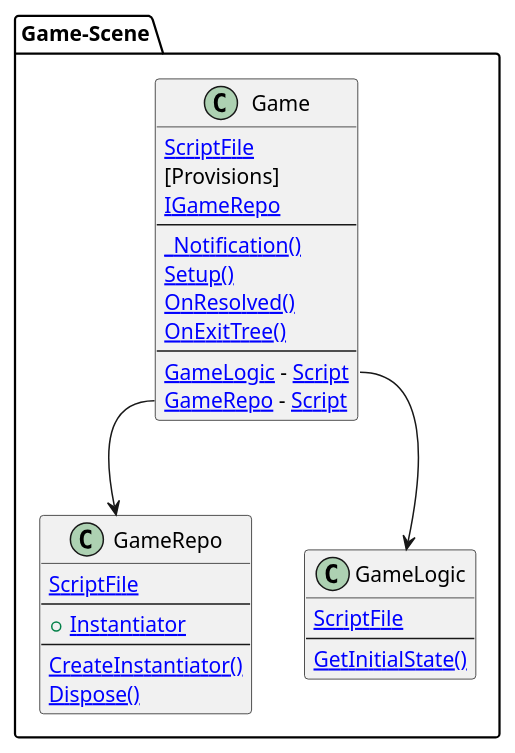
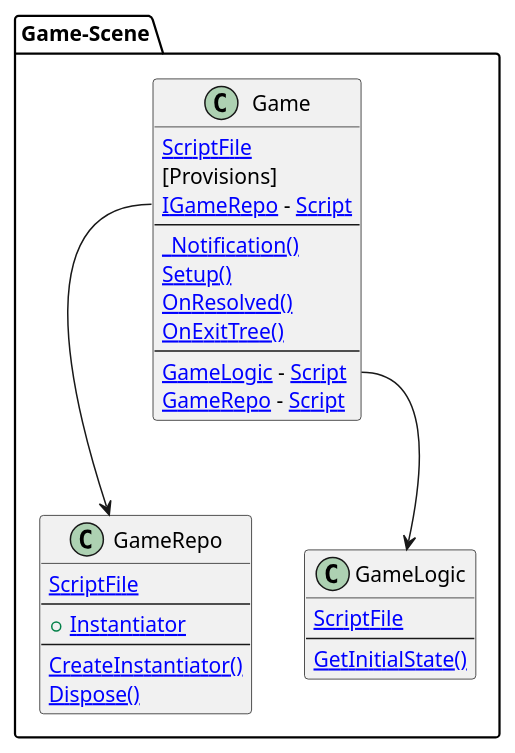
One commit to chickensoft-games/UMLGenerator changed the diagram in src/Chickensoft.UMLGenerator.Tests/Snapshots/ShowAllMethods_Game.verified.puml. Above: the diagram before and after it, drawn with PlantUML. The commit also changed 5 other files, not shown here.

```diff
--- a/src/Chickensoft.UMLGenerator.Tests/Snapshots/ShowAllMethods_Game.verified.puml
+++ b/src/Chickensoft.UMLGenerator.Tests/Snapshots/ShowAllMethods_Game.verified.puml
@@ -1,40 +1,40 @@
 @startuml
 
 package Game-Scene [[../../TestCases/ShowAllMethods/Game.tscn]] {
 	
 class Game  {
 	[[../../Game/Game.cs ScriptFile]]
 	[Provisions]
-	[[../../Game/Game.cs:15 IGameRepo]]
+	[[../../Game/Game.cs:15 IGameRepo]] - [[../../TestCases/ShowAllMethods/Domain/GameRepo.cs Script]]
 --
 [[../../Game/Game.cs:29 _Notification()]]
 	[[../../Game/Game.cs:31 Setup()]]
 	[[../../Game/Game.cs:40 OnResolved()]]
 	[[../../Game/Game.cs:47 OnExitTree()]]
 --
 [[../../Game/Game.cs:22 GameLogic]] - [[../../TestCases/ShowAllMethods/Logic/GameLogic.cs Script]]
 	[[../../Game/Game.cs:21 GameRepo]] - [[../../TestCases/ShowAllMethods/Domain/GameRepo.cs Script]]
 }
 
 	
 class GameRepo  {
 	[[../../TestCases/ShowAllMethods/Domain/GameRepo.cs ScriptFile]]
 --
 + [[../../TestCases/ShowAllMethods/Domain/GameRepo.cs:15 Instantiator]]
 --
 [[../../TestCases/ShowAllMethods/Domain/GameRepo.cs:17 CreateInstantiator()]]
 	[[../../TestCases/ShowAllMethods/Domain/GameRepo.cs:24 Dispose()]]
 }
 
 	
 class GameLogic  {
 	[[../../TestCases/ShowAllMethods/Logic/GameLogic.cs ScriptFile]]
 --
 [[../../TestCases/ShowAllMethods/Logic/GameLogic.cs:12 GetInitialState()]]
 }
 
 	Game::GameRepo --> GameRepo
 	Game::GameLogic --> GameLogic
 }
 
 @enduml
```
